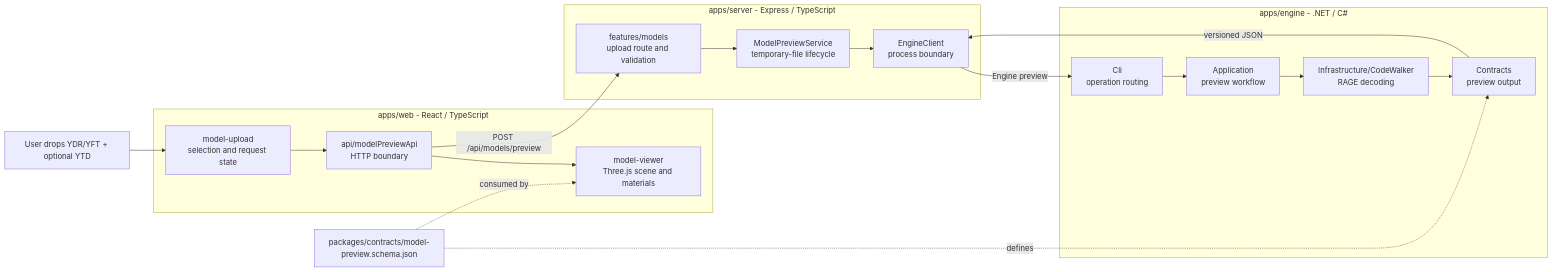
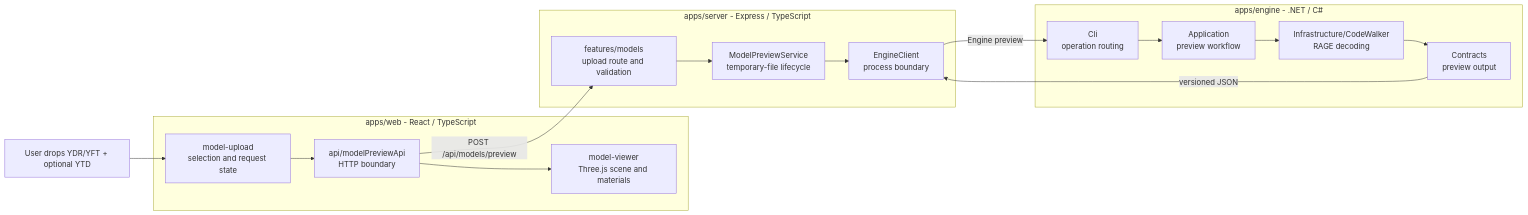
One commit to Pxpe123/FiveMesh changed the first of 2 diagrams in docs/PROJECT_MAP.md. Above: the diagram before and after it, drawn with Mermaid. The commit also changed other lines of this file and 4 other files, not shown here.

````diff
--- a/docs/PROJECT_MAP.md
+++ b/docs/PROJECT_MAP.md
@@ -5,38 +5,34 @@
 ```mermaid
 flowchart LR
     User["User drops YDR/YFT + optional YTD"]
 
     subgraph Web["apps/web - React / TypeScript"]
         Upload["model-upload<br/>selection and request state"]
         Api["api/modelPreviewApi<br/>HTTP boundary"]
         Viewer["model-viewer<br/>Three.js scene and materials"]
         Upload --> Api
         Api --> Viewer
     end
 
     subgraph Server["apps/server - Express / TypeScript"]
         Route["features/models<br/>upload route and validation"]
         Service["ModelPreviewService<br/>temporary-file lifecycle"]
         Client["EngineClient<br/>process boundary"]
         Route --> Service --> Client
     end
 
     subgraph Engine["apps/engine - .NET / C#"]
         Command["Cli<br/>operation routing"]
         Preview["Application<br/>preview workflow"]
         CodeWalker["Infrastructure/CodeWalker<br/>RAGE decoding"]
         Contract["Contracts<br/>preview output"]
         Command --> Preview
         Preview --> CodeWalker
         CodeWalker --> Contract
     end
 
-    Schema["packages/contracts/model-preview.schema.json"]
-
     User --> Upload
     Api -->|POST /api/models/preview| Route
     Client -->|Engine preview| Command
     Contract -->|versioned JSON| Client
-    Schema -. defines .-> Contract
-    Schema -. consumed by .-> Viewer
 ```
````
